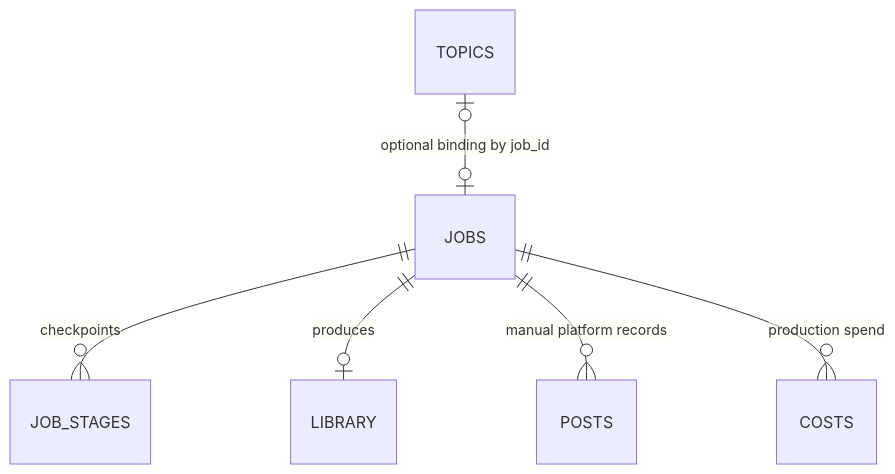
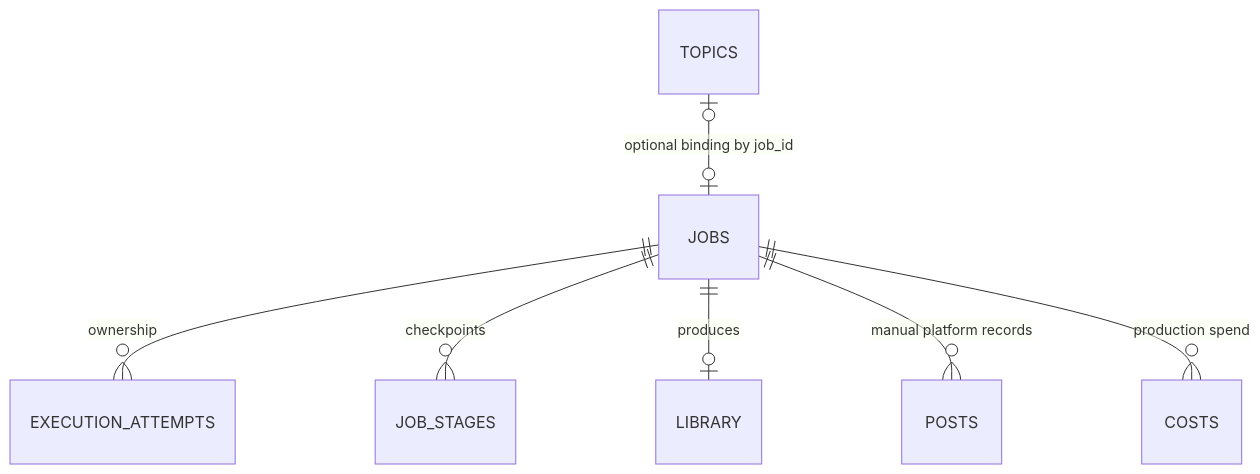
Before and after one commit to AlexMorrow239/contentd-system: the seventh of 7 diagrams in docs/system-architecture.md, drawn with Mermaid. The commit also changed other lines of this file and 64 other files, not shown here.

Commit message:
fix: fence pipeline execution and recover interrupted local jobs

````diff
--- a/docs/system-architecture.md
+++ b/docs/system-architecture.md
@@ -242,8 +250,9 @@
 ```mermaid
 erDiagram
   TOPICS o|--o| JOBS : "optional binding by job_id"
+  JOBS ||--o{ EXECUTION_ATTEMPTS : ownership
   JOBS ||--o{ JOB_STAGES : checkpoints
   JOBS ||--o| LIBRARY : produces
   JOBS ||--o{ POSTS : "manual platform records"
   JOBS ||--o{ COSTS : "production spend"
 ```
````
